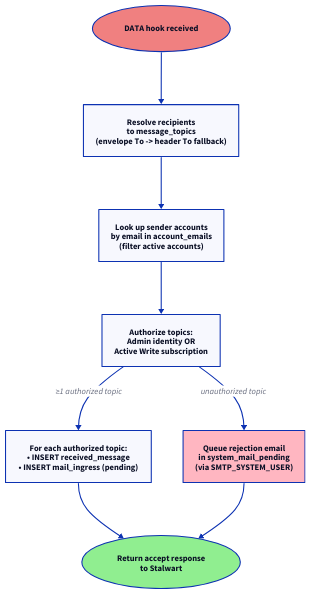
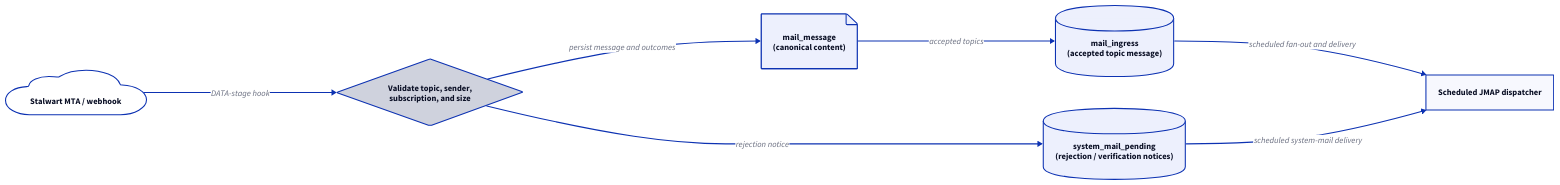
One commit to enaut/kommunikationszentrum changed the diagram in docs/src/email/event-flow-data-stage.d2. Above: the diagram before and after it, drawn with D2. The commit also changed 247 other files, not shown here.

```diff
--- a/docs/src/email/event-flow-data-stage.d2
+++ b/docs/src/email/event-flow-data-stage.d2
@@ -1,26 +1,15 @@
-direction: down
+direction: right
 
-start: "DATA hook received" {
-  shape: oval
-  style.fill: lightcoral
-}
-resolve: "Resolve recipients\nto message_topics\n(envelope To -> header To fallback)"
-sender: "Look up sender accounts\nby email in account_emails\n(filter active accounts)"
-filter: "Authorize topics:\nAdmin identity OR\nActive Write subscription"
-reject_notice: "Queue rejection email\nin system_mail_pending\n(via SMTP_SYSTEM_USER)" {
-  shape: rectangle
-  style.fill: lightpink
-}
-persist: "For each authorized topic:\n• INSERT received_message\n• INSERT mail_ingress (pending)"
-resp: "Return accept response\nto Stalwart" {
-  shape: oval
-  style.fill: lightgreen
-}
+MTA: "Stalwart MTA / webhook" { shape: cloud }
+Check: "Validate topic, sender,\nsubscription, and size" { shape: diamond }
+Message: "mail_message\n(canonical content)" { shape: page }
+Ingress: "mail_ingress\n(accepted topic message)" { shape: cylinder }
+SystemMail: "system_mail_pending\n(rejection / verification notices)" { shape: cylinder }
+JMAP: "Scheduled JMAP dispatcher" { shape: rectangle }
 
-start -> resolve
-resolve -> sender
-sender -> filter
-filter -> reject_notice: "unauthorized topic"
-filter -> persist: "≥1 authorized topic"
-persist -> resp
-reject_notice -> resp
+MTA -> Check: "DATA-stage hook"
+Check -> Message: "persist message and outcomes"
+Message -> Ingress: "accepted topics"
+Check -> SystemMail: "rejection notice"
+Ingress -> JMAP: "scheduled fan-out and delivery"
+SystemMail -> JMAP: "scheduled system-mail delivery"
```
